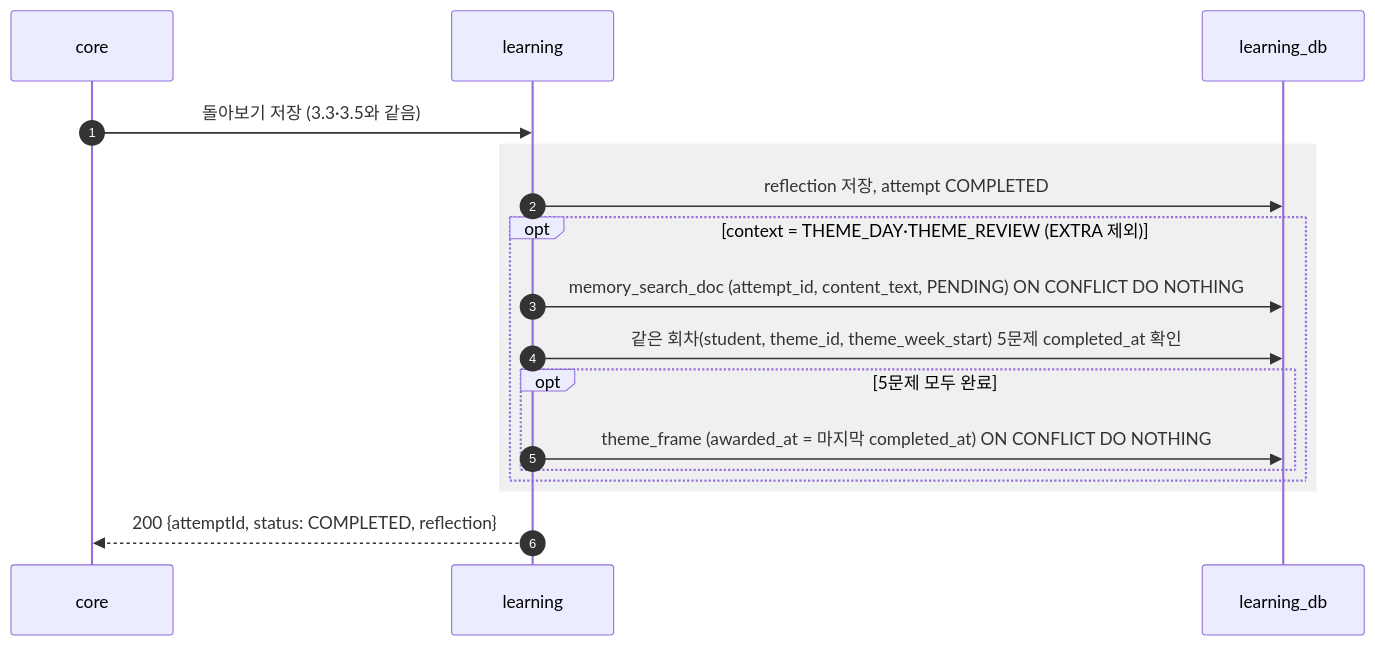
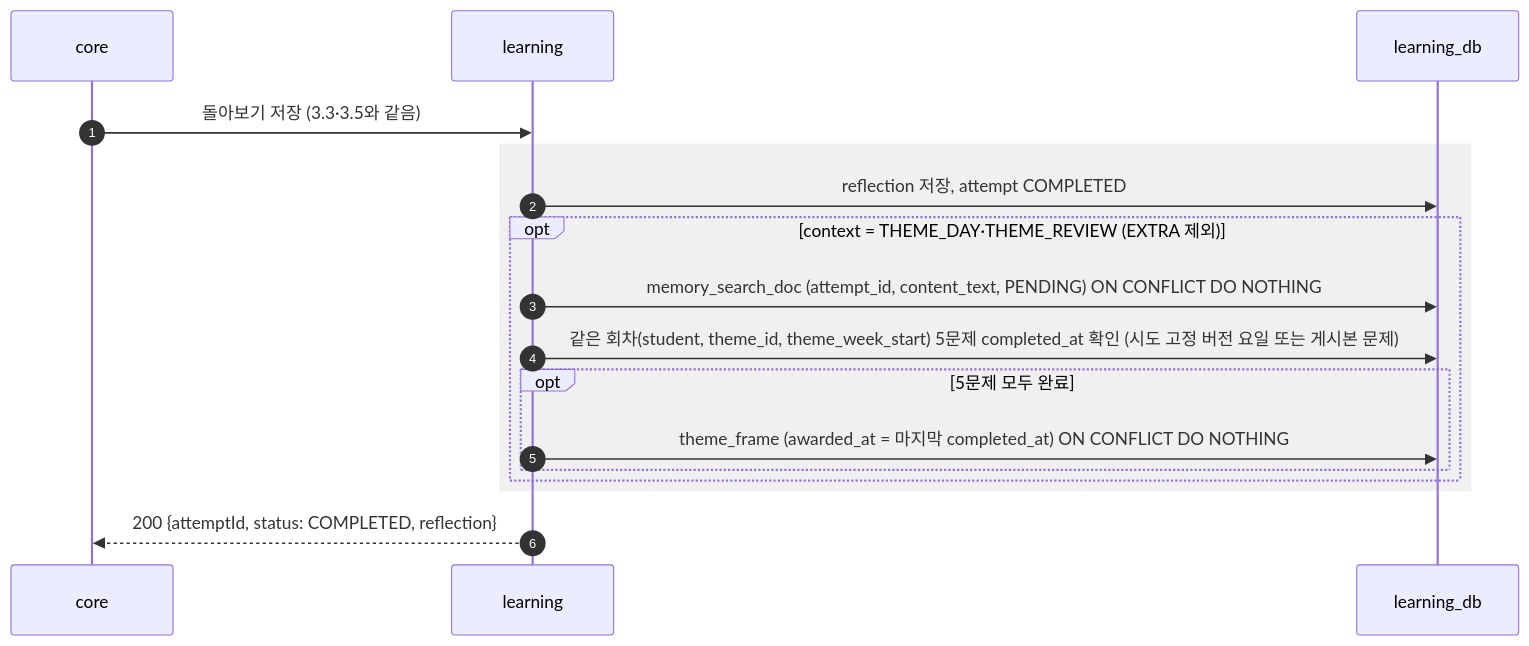
Before and after one commit to SKNETWORKS-FAMILY-AICAMP/SKN34-FINAL-3TEAM: diagram 22 of 42 in docs/design/sequence-diagram.md, drawn with Mermaid. The commit also changed 6 other files, not shown here.

````diff
--- a/docs/design/sequence-diagram.md
+++ b/docs/design/sequence-diagram.md
@@ -870,20 +870,20 @@
 ```mermaid
 sequenceDiagram
   autonumber
   participant C as core
   participant L as learning
   participant LDB as learning_db
 
   C->>L: 돌아보기 저장 (3.3·3.5와 같음)
   rect rgba(128,128,128,0.12)
     L->>LDB: reflection 저장, attempt COMPLETED
     opt context = THEME_DAY·THEME_REVIEW (EXTRA 제외)
       L->>LDB: memory_search_doc (attempt_id, content_text, PENDING) ON CONFLICT DO NOTHING
-      L->>LDB: 같은 회차(student, theme_id, theme_week_start) 5문제 completed_at 확인
+      L->>LDB: 같은 회차(student, theme_id, theme_week_start) 5문제 completed_at 확인 (시도 고정 버전 요일 또는 게시본 문제)
       opt 5문제 모두 완료
         L->>LDB: theme_frame (awarded_at = 마지막 completed_at) ON CONFLICT DO NOTHING
       end
     end
   end
   L-->>C: 200 {attemptId, status: COMPLETED, reflection}
 ```
````
